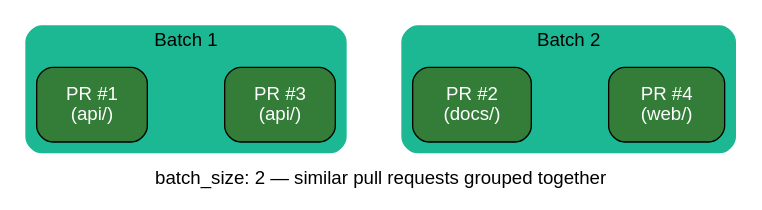
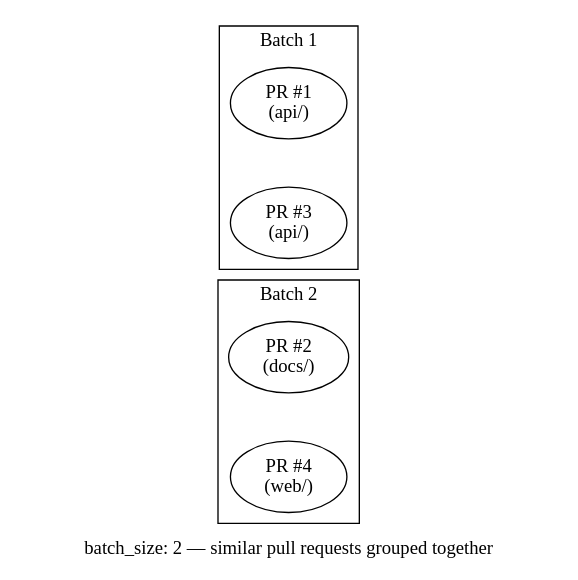
One commit to Mergifyio/docs changed the second of 2 diagrams in src/content/docs/merge-queue/batches.mdx. Above: the diagram before and after it, drawn with Graphviz. The commit also changed other lines of this file and 20 other files, not shown here.

````diff
--- a/src/content/docs/merge-queue/batches.mdx
+++ b/src/content/docs/merge-queue/batches.mdx
@@ -233,34 +225,22 @@
-```dot class="graph"
-strict digraph {
-  fontname="sans-serif";
-  rankdir="LR";
+```dot class="queue"
+digraph {
   label="batch_size: 2 — similar pull requests grouped together";
-  nodesep=0.5;
-  ranksep=0.8;
-
-  node [shape=box, style="rounded,filled", fontcolor="white", fontname="sans-serif", margin="0.3,0.18"];
   edge [style=invis];
 
   subgraph cluster_batch1 {
-    style="rounded,filled";
-    color="#1CB893";
-    fillcolor="#1CB893";
-    fontcolor="#000000";
+    class="batch";
     label="Batch 1";
-    PR1 [label="PR #1\n(api/)", fillcolor="#347D39"];
-    PR3 [label="PR #3\n(api/)", fillcolor="#347D39"];
+    PR1 [label="PR #1\n(api/)", class="queued"];
+    PR3 [label="PR #3\n(api/)", class="queued"];
   }
 
   subgraph cluster_batch2 {
-    style="rounded,filled";
-    color="#1CB893";
-    fillcolor="#1CB893";
-    fontcolor="#000000";
+    class="batch";
     label="Batch 2";
-    PR2 [label="PR #2\n(docs/)", fillcolor="#347D39"];
-    PR4 [label="PR #4\n(web/)", fillcolor="#347D39"];
+    PR2 [label="PR #2\n(docs/)", class="queued"];
+    PR4 [label="PR #4\n(web/)", class="queued"];
   }
 
   PR1 -> PR3 -> PR2 -> PR4;
 }
 ```
````
